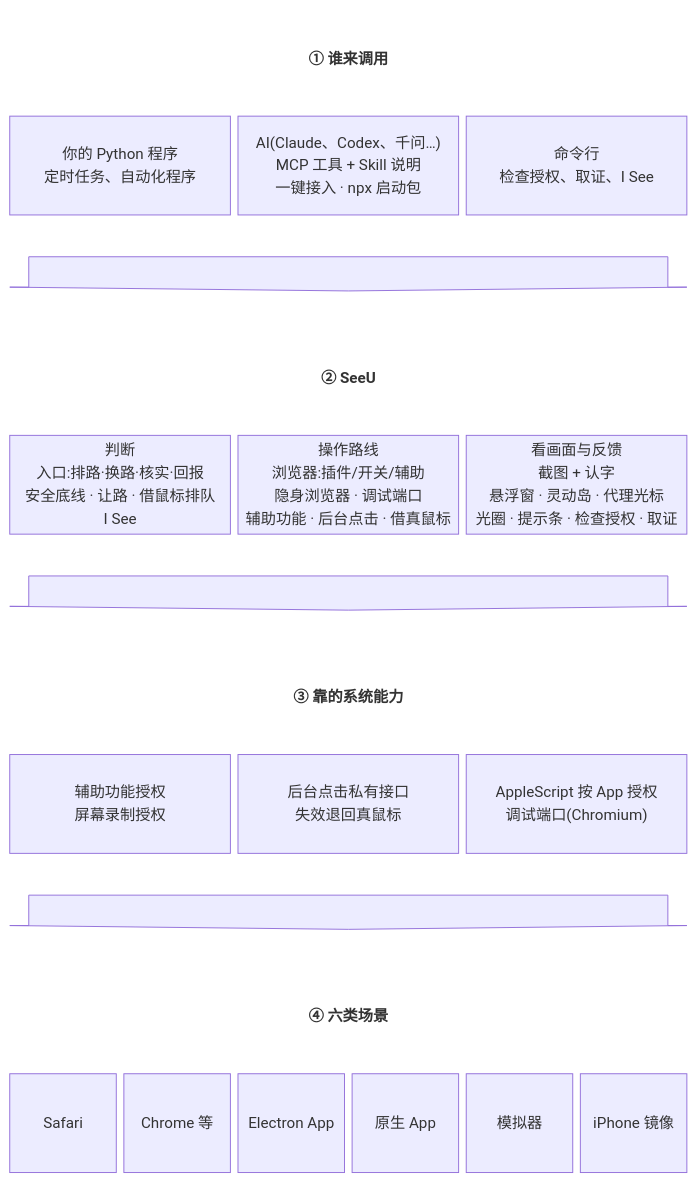
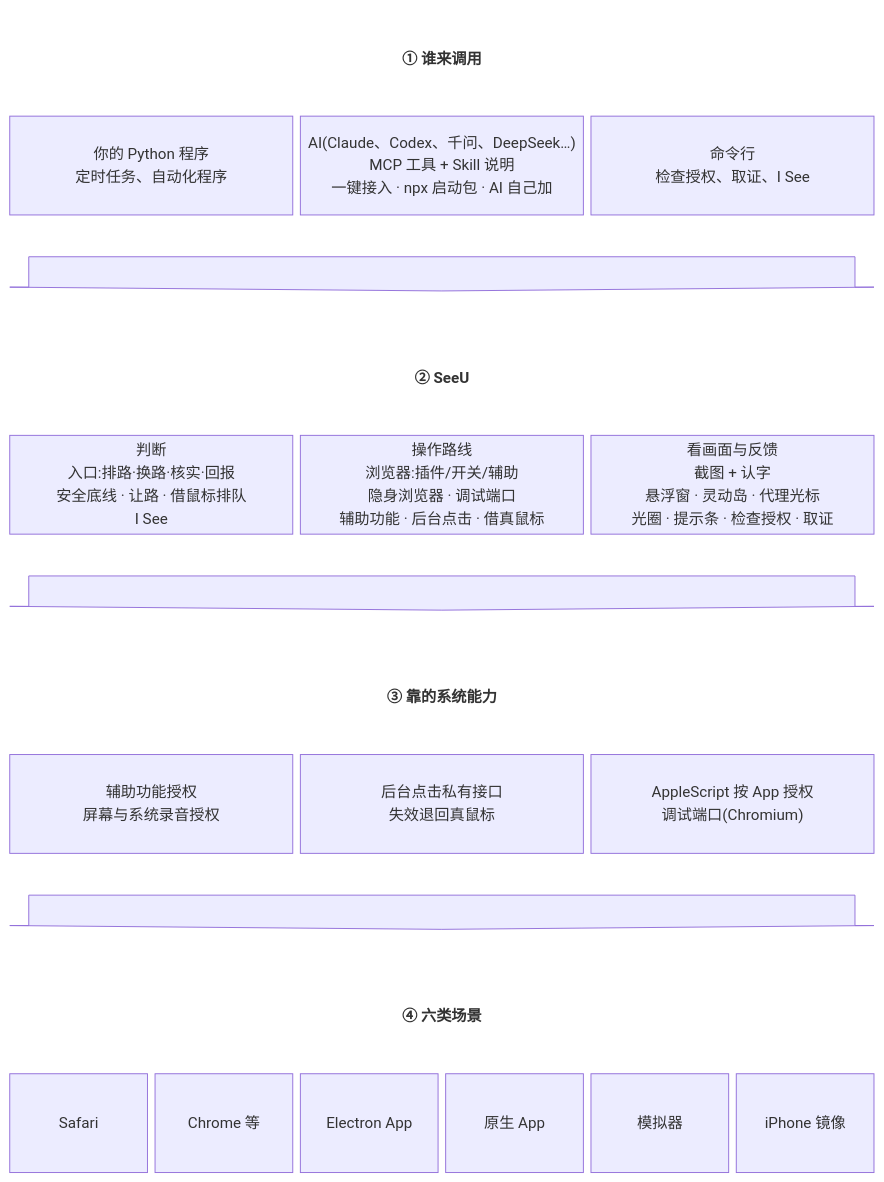
Before and after one commit to Mr-Bingoo/seeu-computeruse: the first of 16 diagrams in docs/SeeU-业务图.zh-CN.md, drawn with Mermaid. The commit also changed other lines of this file and 41 other files, not shown here.

````diff
--- a/docs/SeeU-业务图.zh-CN.md
+++ b/docs/SeeU-业务图.zh-CN.md
@@ -16,23 +16,23 @@
 ```mermaid
 block-beta
   columns 6
   H1["① 谁来调用"]:6
   U1["你的 Python 程序<br/>定时任务、自动化程序"]:2
-  U2["AI(Claude、Codex、千问…)<br/>MCP 工具 + Skill 说明<br/>一键接入 · npx 启动包"]:2
+  U2["AI(Claude、Codex、千问、DeepSeek…)<br/>MCP 工具 + Skill 说明<br/>一键接入 · npx 启动包 · AI 自己加"]:2
   U3["命令行<br/>检查授权、取证、I See"]:2
   D1<["&nbsp;"]>(down):6
   H2["② SeeU"]:6
   J["判断<br/>入口:排路·换路·核实·回报<br/>安全底线 · 让路 · 借鼠标排队<br/>I See"]:2
   R["操作路线<br/>浏览器:插件/开关/辅助<br/>隐身浏览器 · 调试端口<br/>辅助功能 · 后台点击 · 借真鼠标"]:2
   FB["看画面与反馈<br/>截图 + 认字<br/>悬浮窗 · 灵动岛 · 代理光标<br/>光圈 · 提示条 · 检查授权 · 取证"]:2
   D2<["&nbsp;"]>(down):6
   H3["③ 靠的系统能力"]:6
-  P1["辅助功能授权<br/>屏幕录制授权"]:2
+  P1["辅助功能授权<br/>屏幕与系统录音授权"]:2
   P3["后台点击私有接口<br/>失效退回真鼠标"]:2
   P4["AppleScript 按 App 授权<br/>调试端口(Chromium)"]:2
   D3<["&nbsp;"]>(down):6
   H4["④ 六类场景"]:6
   A1["Safari"] A2["Chrome 等"] A3["Electron App"] A4["原生 App"] A5["模拟器"] A6["iPhone 镜像"]
   classDef head fill:none,stroke:none,font-weight:bold
   class H1,H2,H3,H4 head
 ```
````
